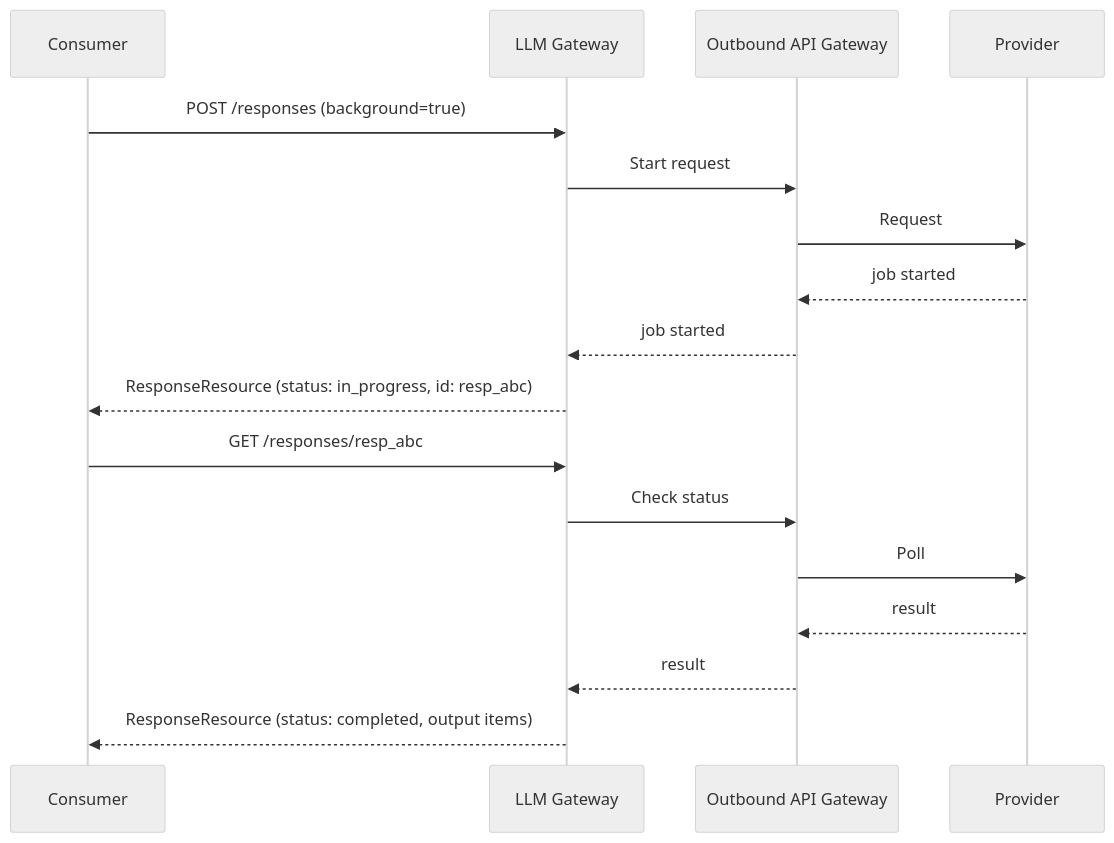
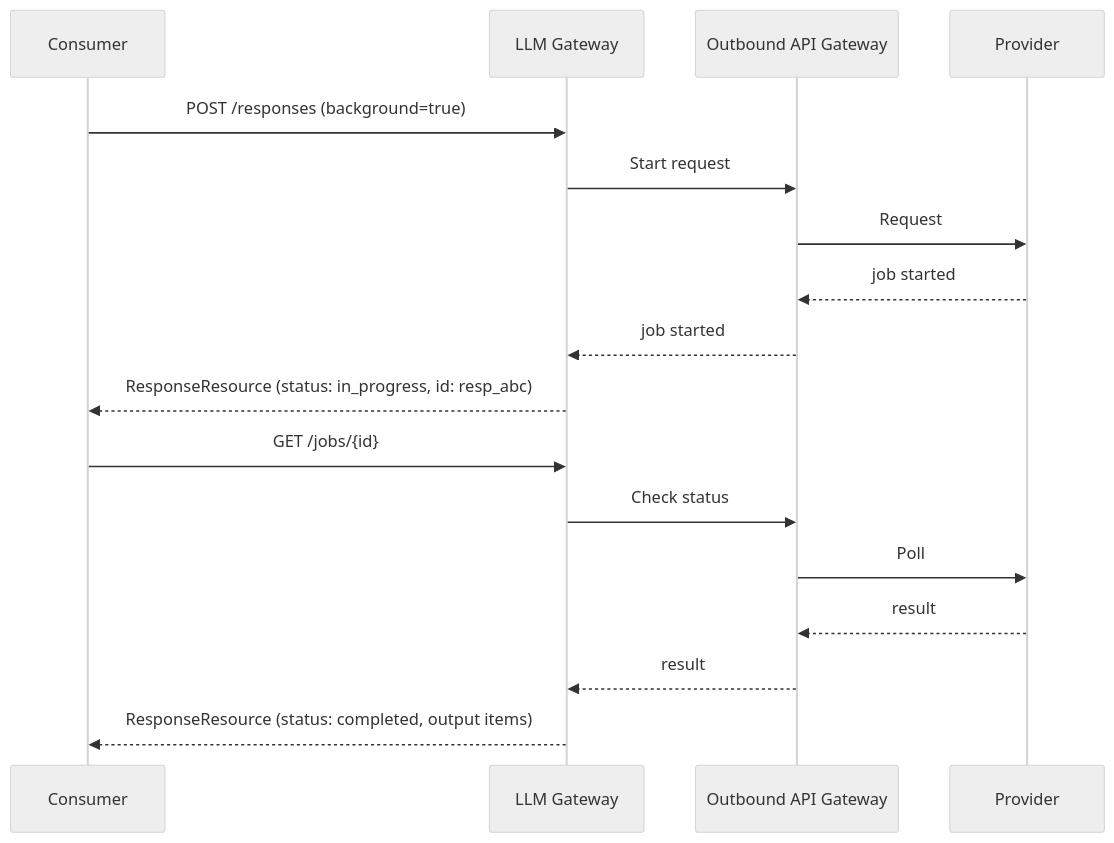
One commit to Qilin101/cyberfabric-core changed diagram 15 of 23 in modules/llm-gateway/docs/DESIGN.md. Above: the diagram before and after it, drawn with Mermaid (neutral theme). The commit also changed other lines of this file and 26 other files, not shown here.

````diff
--- a/modules/llm-gateway/docs/DESIGN.md
+++ b/modules/llm-gateway/docs/DESIGN.md
@@ -791,21 +791,21 @@
 ```mermaid
 sequenceDiagram
     participant C as Consumer
     participant GW as LLM Gateway
     participant OB as Outbound API Gateway
     participant P as Provider
 
     C->>GW: POST /responses (background=true)
     GW->>OB: Start request
     OB->>P: Request
     P-->>OB: job started
     OB-->>GW: job started
     GW-->>C: ResponseResource (status: in_progress, id: resp_abc)
 
-    C->>GW: GET /responses/resp_abc
+    C->>GW: GET /jobs/{id}
     GW->>OB: Check status
     OB->>P: Poll
     P-->>OB: result
     OB-->>GW: result
     GW-->>C: ResponseResource (status: completed, output items)
 ```
````
